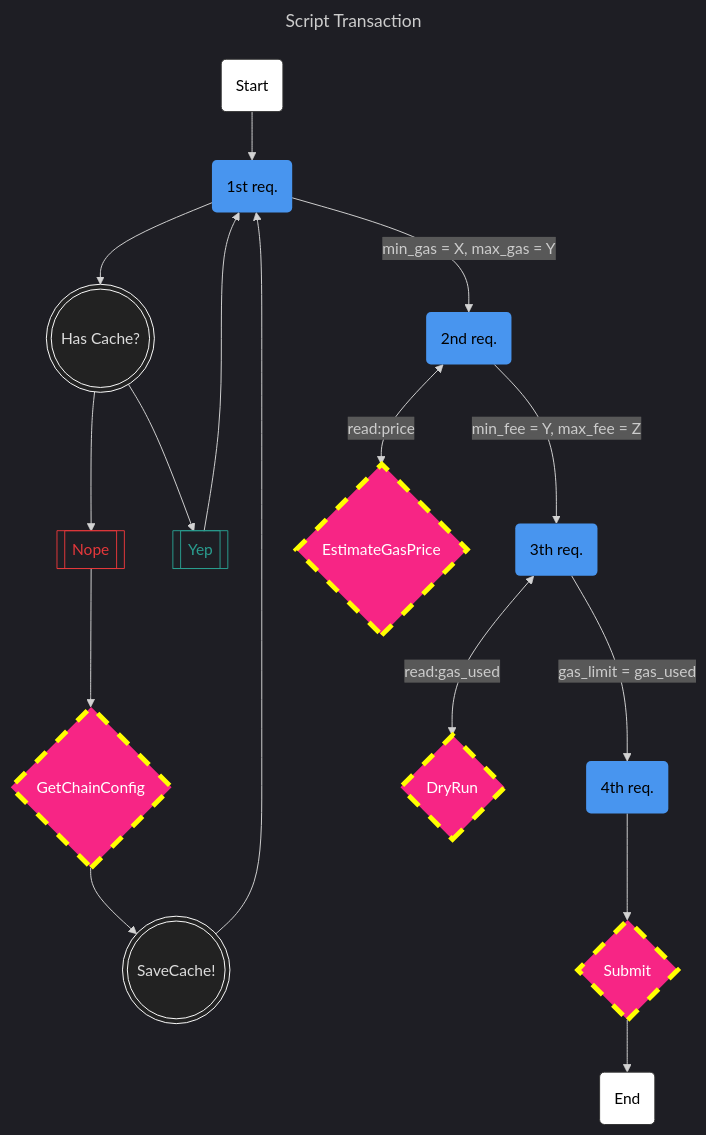
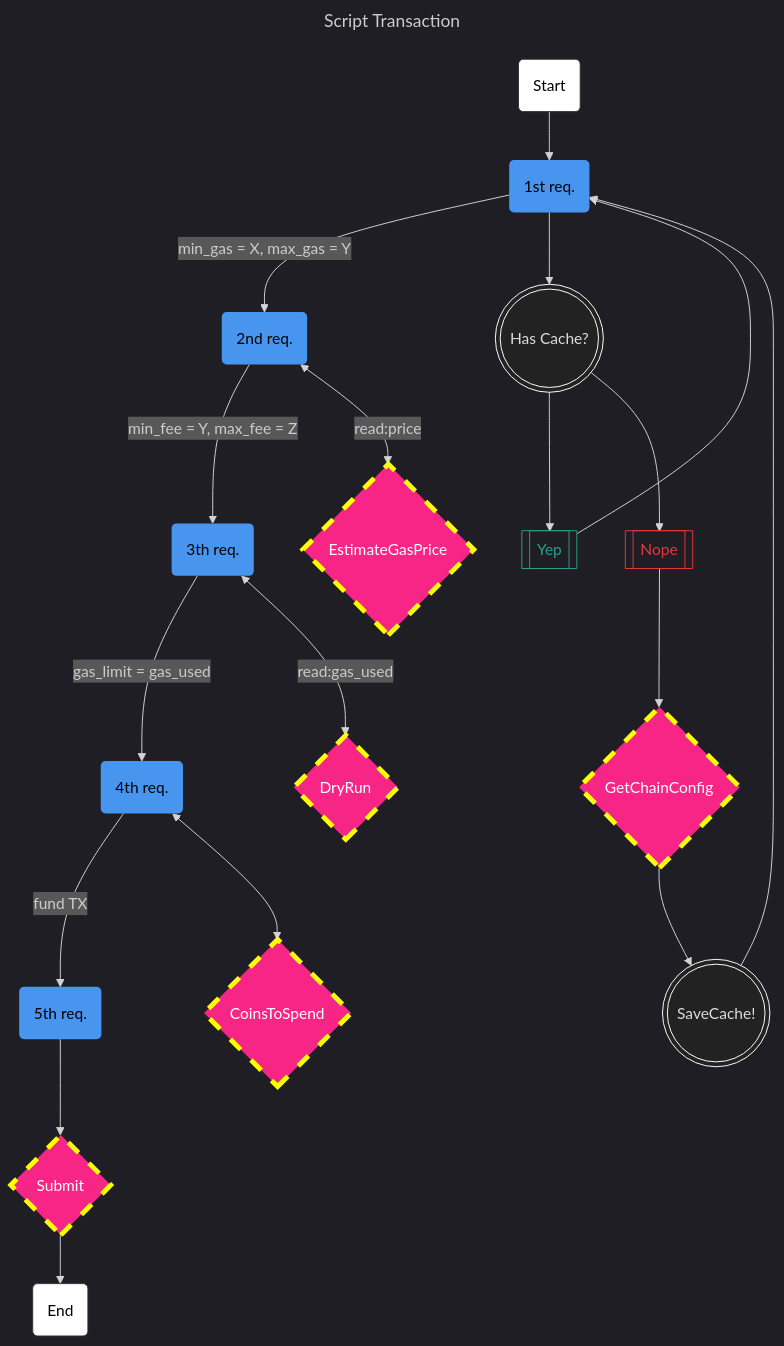
The first of 4 diagrams in README.md (Torres-ssf/tx-perf), drawn with Mermaid before and after one commit. The commit also changed other lines of this file, not shown here.

Commit message:
document missing request CoinsToSpend

````diff
--- a/README.md
+++ b/README.md
@@ -51,60 +51,63 @@
 ```mermaid
 ---
 title: Script Transaction
 theme: dark
 ---
 
 %%{
   init: {
     'theme': 'dark'
   }
 }%%
 
 flowchart TB
   Start(Start) --> First(1st req.)
   First --> |min_gas = X, max_gas = Y| Second(2nd req.)
   Second --> |min_fee = Y, max_fee = Z| Third(3th req.)
   Third --> |gas_limit = gas_used| Forth(4th req.)
+  Forth --> |fund TX| Fifth(5th req.)
 
   First --> HasConsensus(((Has Cache?)))
   HasConsensus --> Yep[[Yep]]
   HasConsensus --> Nope[[Nope]]
   Nope --> GetChainConfig{GetChainConfig}
   Yep -->First
 
   GetChainConfig -->SaveCache(((SaveCache!)))
   SaveCache --> First
 
   Second <--> |read:price| EstimateGasPrice{EstimateGasPrice}
   Third <--> |read:gas_used| DryRun{DryRun}
-  Forth --> Submit{Submit}
+  Forth <--> CoinsToSpend{CoinsToSpend}
+  Fifth --> Submit{Submit}
   Submit --> End(End)
 
 
 classDef default stroke:#000;
 classDef GqlRequest stroke:yellow, stroke-width: 5px, stroke-dasharray:15 15, fill:#f72585, color:#fff;
 classDef Action stroke:#fff, fill:#222, color:#ddd;
 classDef StartEnd stroke:#333, fill:#fff, color:#000;
 classDef Steps stroke: none, fill:#4895ef, color:#000;
 
 class Start StartEnd;
 class End StartEnd;
 
 class GetChainConfig GqlRequest;
 class EstimateGasPrice GqlRequest;
 class DryRun GqlRequest;
+class CoinsToSpend GqlRequest;
 class Submit GqlRequest;
 class EstimatePredicate GqlRequest;
 
 class HasConsensus Action;
 class SaveCache Action;
 
 class First Steps
 class Second Steps
 class Third Steps
 class Forth Steps
 class Fifth Steps
 
 style Yep stroke:#2a9d8f, color:#2a9d8f, fill:none;
 style Nope stroke:#e5383b, color:#e5383b, fill:none;
 ```
````
